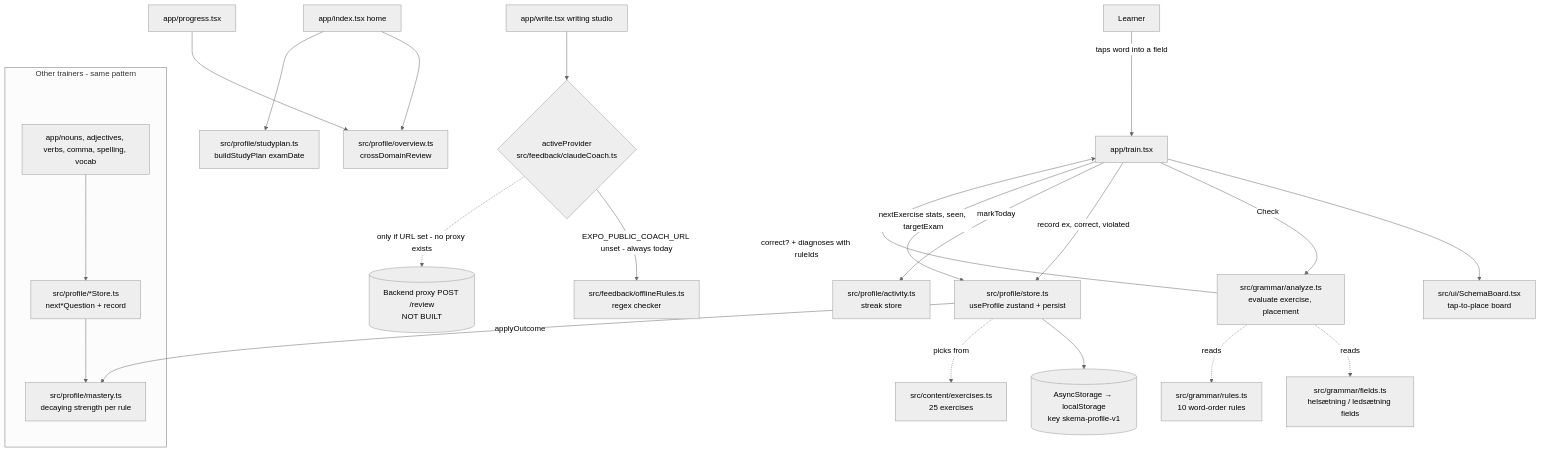
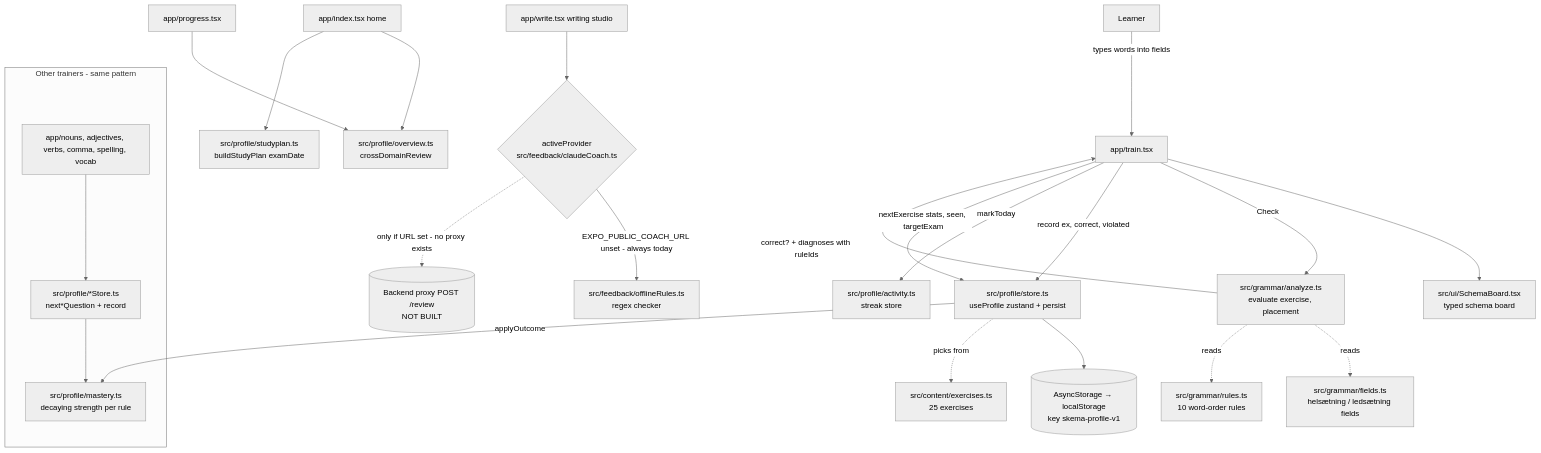
Before and after one commit to sushant-j/dansk-grammatik-pd3: the diagram in PROJECT_SUMMARY.md, drawn with Mermaid (neutral theme). The commit also changed other lines of this file and 2 other files, not shown here.

Commit message:
Document tap-or-type answers and start the implementation diary
Claude-Session: https://claude.ai/code/session_01QdLTZh6EjJD1ztB7PExT9u

````diff
--- a/PROJECT_SUMMARY.md
+++ b/PROJECT_SUMMARY.md
@@ -52,27 +52,27 @@
 ```mermaid
 flowchart TD
-  U[Learner] -->|taps word into a field| TR[app/train.tsx]
-  TR --> SB[src/ui/SchemaBoard.tsx<br/>tap-to-place board]
+  U[Learner] -->|types words into fields| TR[app/train.tsx]
+  TR --> SB[src/ui/SchemaBoard.tsx<br/>typed schema board]
   TR -->|Check| EV[src/grammar/analyze.ts<br/>evaluate exercise, placement]
   EV -->|correct? + diagnoses with ruleIds| TR
   EV -.reads.-> F[src/grammar/fields.ts<br/>helsætning / ledsætning fields]
   EV -.reads.-> R[src/grammar/rules.ts<br/>10 word-order rules]
   TR -->|record ex, correct, violated| PS[src/profile/store.ts<br/>useProfile zustand + persist]
   PS -->|applyOutcome| M[src/profile/mastery.ts<br/>decaying strength per rule]
   PS --> LS[(AsyncStorage → localStorage<br/>key skema-profile-v1)]
   TR -->|markToday| ACT[src/profile/activity.ts<br/>streak store]
   TR -->|nextExercise stats, seen, targetExam| PS
   PS -.picks from.-> EX[src/content/exercises.ts<br/>25 exercises]
 
   subgraph Other trainers - same pattern
     N[app/nouns, adjectives, verbs, comma, spelling, vocab] --> NS[src/profile/*Store.ts<br/>next*Question + record]
     NS --> M
   end
 
   H[app/index.tsx home] --> OV[src/profile/overview.ts<br/>crossDomainReview]
   H --> SP[src/profile/studyplan.ts<br/>buildStudyPlan examDate]
   PG[app/progress.tsx] --> OV
   W[app/write.tsx writing studio] --> AP{activeProvider<br/>src/feedback/claudeCoach.ts}
   AP -->|EXPO_PUBLIC_COACH_URL unset - always today| OFF[src/feedback/offlineRules.ts<br/>regex checker]
   AP -.->|only if URL set - no proxy exists| PX[(Backend proxy POST /review<br/>NOT BUILT)]
 ```
````
